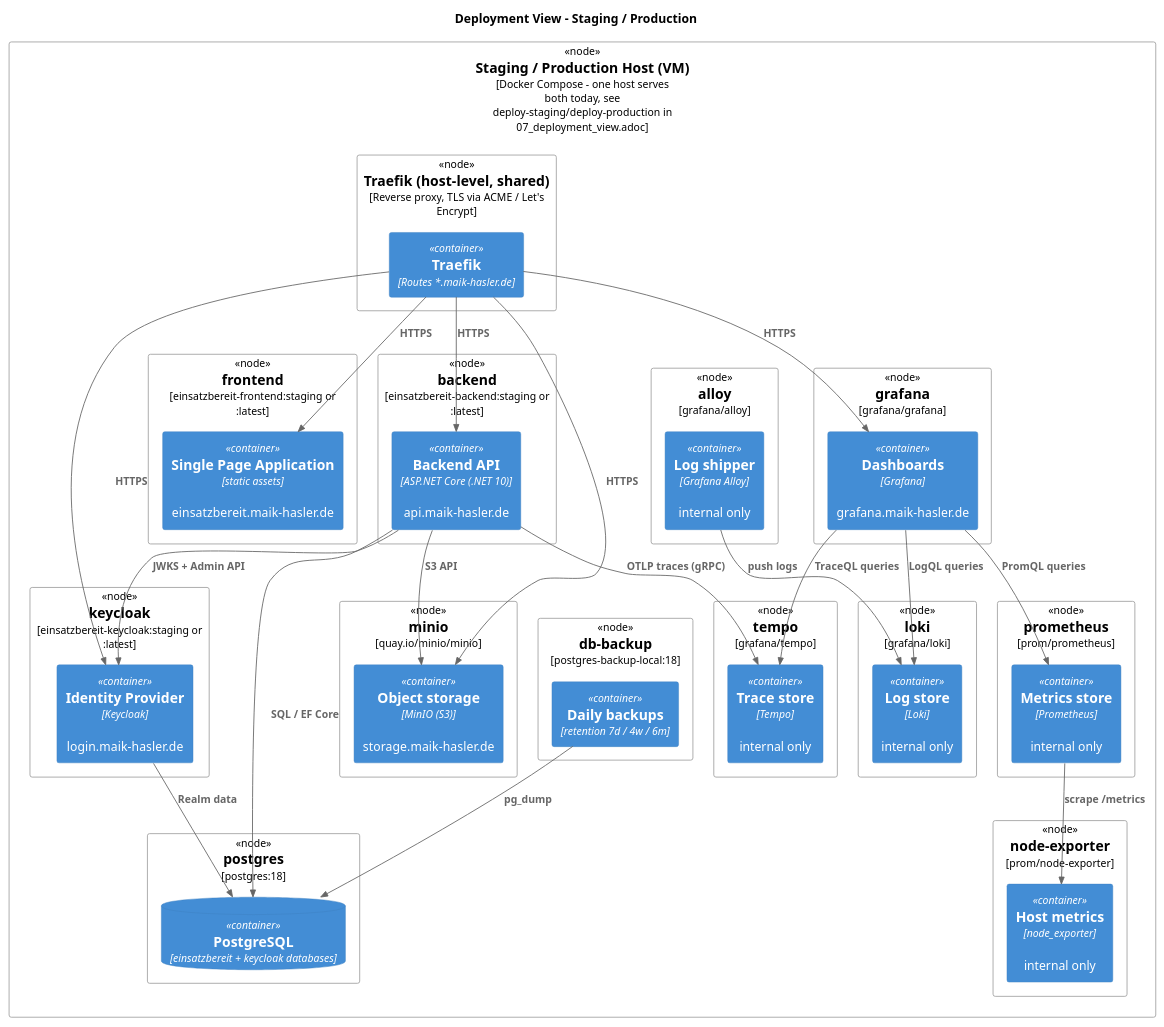
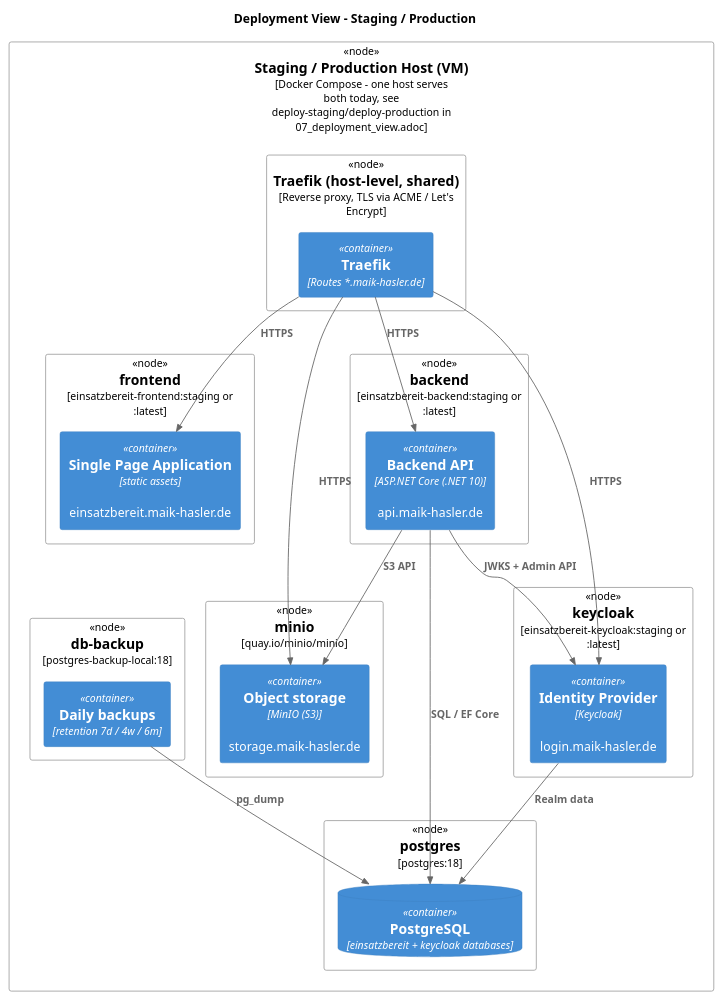
The diagram in docs/Architecture/images/deployment-staging.puml (maik-hasler/einsatzbereit), drawn with PlantUML before and after one commit. The commit also changed 7 other files, not shown here.

```diff
--- a/docs/Architecture/images/deployment-staging.puml
+++ b/docs/Architecture/images/deployment-staging.puml
@@ -1,79 +1,48 @@
 @startuml Staging Deployment
 
 !include <C4/C4_Deployment>
 
 title Deployment View - Staging / Production
 
 Deployment_Node(host, "Staging / Production Host (VM)", "Docker Compose - one host serves both today, see deploy-staging/deploy-production in 07_deployment_view.adoc") {
 
 	Deployment_Node(traefik_node, "Traefik (host-level, shared)", "Reverse proxy, TLS via ACME / Let's Encrypt") {
 		Container(traefik, "Traefik", "Routes *.maik-hasler.de")
 	}
 
 	Deployment_Node(fe_node, "frontend", "einsatzbereit-frontend:staging or :latest") {
 		Container(fe, "Single Page Application", "static assets", "einsatzbereit.maik-hasler.de")
 	}
 
 	Deployment_Node(be_node, "backend", "einsatzbereit-backend:staging or :latest") {
 		Container(be, "Backend API", "ASP.NET Core (.NET 10)", "api.maik-hasler.de")
 	}
 
 	Deployment_Node(kc_node, "keycloak", "einsatzbereit-keycloak:staging or :latest") {
 		Container(kc, "Identity Provider", "Keycloak", "login.maik-hasler.de")
 	}
 
 	Deployment_Node(mo_node, "minio", "quay.io/minio/minio") {
 		Container(mo, "Object storage", "MinIO (S3)", "storage.maik-hasler.de")
 	}
 
 	Deployment_Node(pg_node, "postgres", "postgres:18") {
 		ContainerDb(pg, "PostgreSQL", "einsatzbereit + keycloak databases")
 	}
 
 	Deployment_Node(bk_node, "db-backup", "postgres-backup-local:18") {
 		Container(bk, "Daily backups", "retention 7d / 4w / 6m")
 	}
-
-	Deployment_Node(gf_node, "grafana", "grafana/grafana") {
-		Container(gf, "Dashboards", "Grafana", "grafana.maik-hasler.de")
-	}
-
-	Deployment_Node(pr_node, "prometheus", "prom/prometheus") {
-		Container(pr, "Metrics store", "Prometheus", "internal only")
-	}
-
-	Deployment_Node(ne_node, "node-exporter", "prom/node-exporter") {
-		Container(ne, "Host metrics", "node_exporter", "internal only")
-	}
-
-	Deployment_Node(lo_node, "loki", "grafana/loki") {
-		Container(lo, "Log store", "Loki", "internal only")
-	}
-
-	Deployment_Node(al_node, "alloy", "grafana/alloy") {
-		Container(al, "Log shipper", "Grafana Alloy", "internal only")
-	}
-
-	Deployment_Node(tm_node, "tempo", "grafana/tempo") {
-		Container(tm, "Trace store", "Tempo", "internal only")
-	}
 }
 
 Rel(traefik, fe, "HTTPS")
 Rel(traefik, be, "HTTPS")
 Rel(traefik, kc, "HTTPS")
 Rel(traefik, mo, "HTTPS")
-Rel(traefik, gf, "HTTPS")
 Rel(be, pg, "SQL / EF Core")
 Rel(be, kc, "JWKS + Admin API")
 Rel(be, mo, "S3 API")
 Rel(kc, pg, "Realm data")
 Rel(bk, pg, "pg_dump")
-Rel(gf, pr, "PromQL queries")
-Rel(gf, lo, "LogQL queries")
-Rel(gf, tm, "TraceQL queries")
-Rel(pr, ne, "scrape /metrics")
-Rel(al, lo, "push logs")
-Rel(be, tm, "OTLP traces (gRPC)")
 
 @enduml
```
